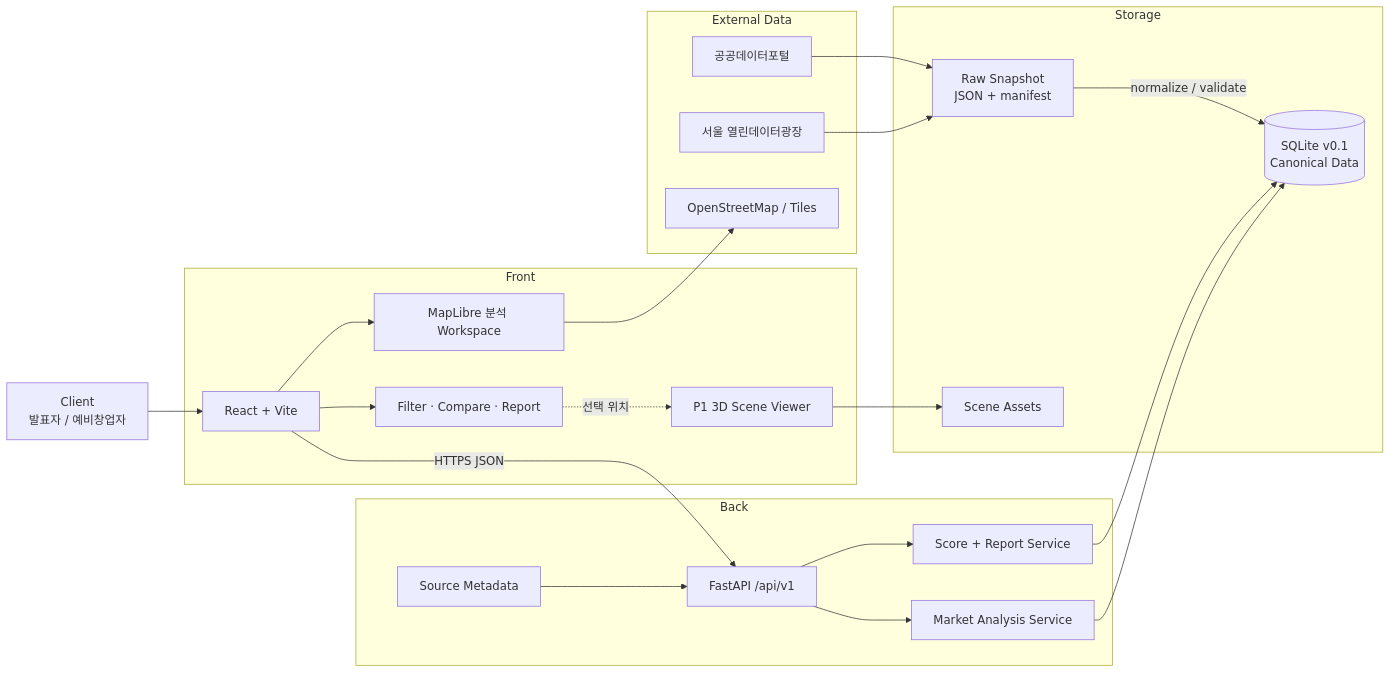
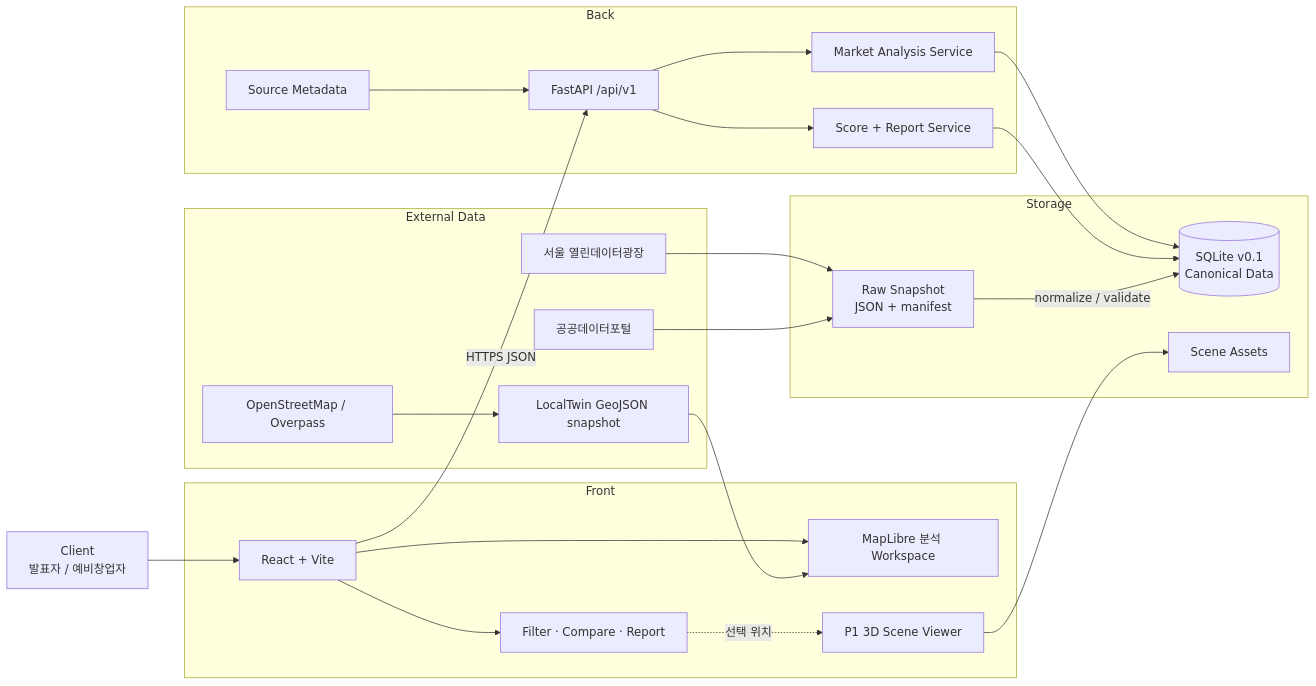
The second of 2 diagrams in docs/development/architecture.md (Mureung1/hub-showcase), drawn with Mermaid before and after one commit. The commit also changed other lines of this file and 3 other files, not shown here.

First line of the commit message:
docs(map): document the LocalTwin map pipeline

````diff
--- a/docs/development/architecture.md
+++ b/docs/development/architecture.md
@@ -59,47 +60,48 @@
 ```mermaid
 flowchart LR
   user["Client\n발표자 / 예비창업자"]
 
   subgraph front["Front"]
     web["React + Vite"]
     workspace["MapLibre 분석 Workspace"]
     panels["Filter · Compare · Report"]
     scene["P1 3D Scene Viewer"]
   end
 
 
   subgraph back["Back"]
     api["FastAPI /api/v1"]
     market["Market Analysis Service"]
     score["Score + Report Service"]
     evidence["Source Metadata"]
   end
 
   subgraph storage["Storage"]
     db[("SQLite v0.1\nCanonical Data")]
     raw["Raw Snapshot\nJSON + manifest"]
     assets["Scene Assets"]
   end
 
   subgraph providers["External Data"]
     seoul["서울 열린데이터광장"]
     public["공공데이터포털"]
-    osm["OpenStreetMap / Tiles"]
+    osm["OpenStreetMap / Overpass"]
+    mapSnapshot["LocalTwin GeoJSON snapshot"]
   end
 
   user --> web
   web --> workspace
   web --> panels
-  workspace --> osm
+  osm --> mapSnapshot --> workspace
   web -->|"HTTPS JSON"| api
   api --> market
   api --> score
   market --> db
   score --> db
   evidence --> api
   seoul --> raw
   public --> raw
   raw -->|"normalize / validate"| db
   scene --> assets
   panels -. "선택 위치" .-> scene
 ```
````
